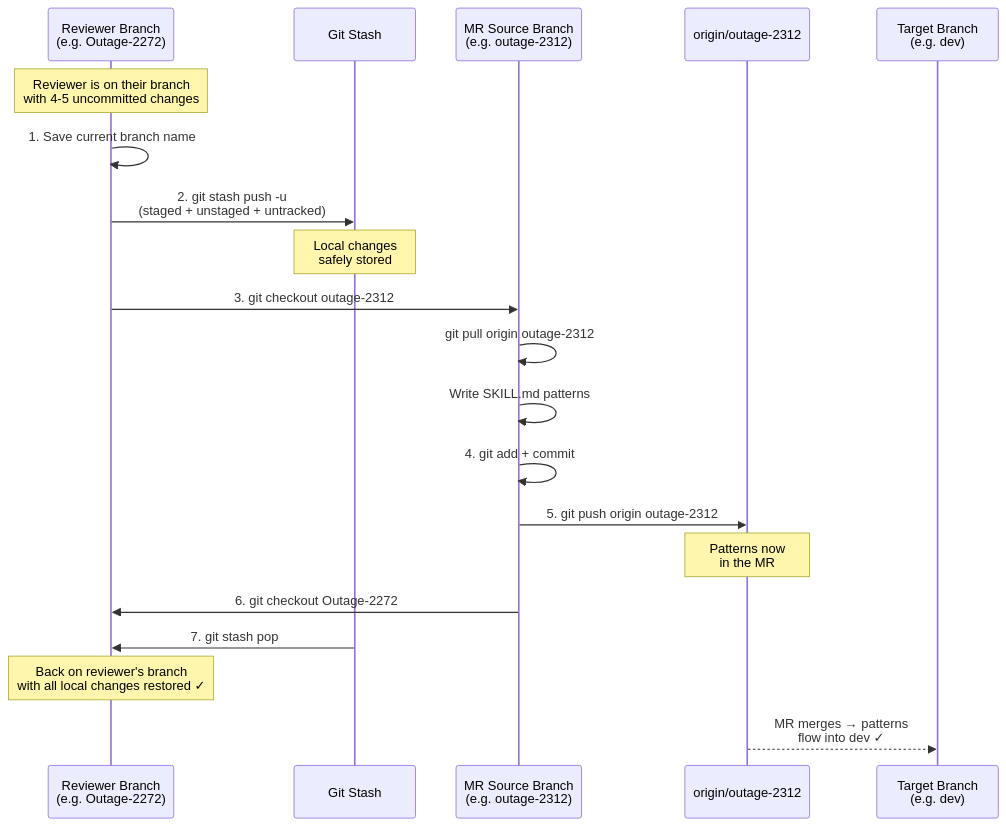
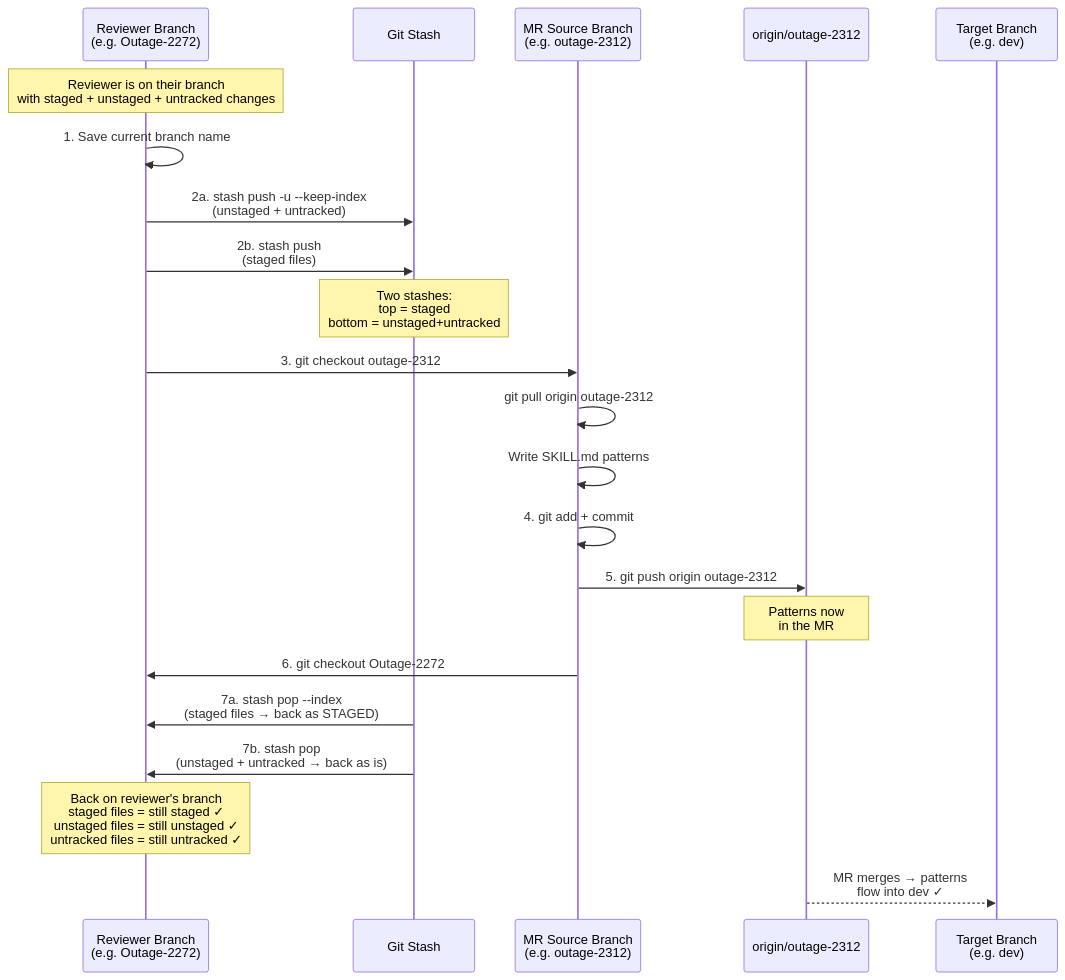
The fourth of 5 diagrams in docs/peer-review-flowchart.md (praful011/shipit), drawn with Mermaid before and after one commit. The commit also changed 1 other file, not shown here.

Commit message:
fix: preserve staged vs unstaged distinction during pattern branch switch
Single git stash pop collapses everything to unstaged. Now uses two-layer
stash: staged files stored separately from unstaged+untracked, restored
with --index flag to maintain exact git status state.

````diff
--- a/docs/peer-review-flowchart.md
+++ b/docs/peer-review-flowchart.md
@@ -136,23 +136,25 @@
 ```mermaid
 sequenceDiagram
     participant R as Reviewer Branch<br/>(e.g. Outage-2272)
     participant ST as Git Stash
     participant S as MR Source Branch<br/>(e.g. outage-2312)
     participant O as origin/outage-2312
     participant T as Target Branch<br/>(e.g. dev)
 
-    Note over R: Reviewer is on their branch<br/>with 4-5 uncommitted changes
+    Note over R: Reviewer is on their branch<br/>with staged + unstaged + untracked changes
     R->>R: 1. Save current branch name
-    R->>ST: 2. git stash push -u<br/>(staged + unstaged + untracked)
-    Note over ST: Local changes<br/>safely stored
+    R->>ST: 2a. stash push -u --keep-index<br/>(unstaged + untracked)
+    R->>ST: 2b. stash push<br/>(staged files)
+    Note over ST: Two stashes:<br/>top = staged<br/>bottom = unstaged+untracked
     R->>S: 3. git checkout outage-2312
     S->>S: git pull origin outage-2312
     S->>S: Write SKILL.md patterns
     S->>S: 4. git add + commit
     S->>O: 5. git push origin outage-2312
     Note over O: Patterns now<br/>in the MR
     S->>R: 6. git checkout Outage-2272
-    ST->>R: 7. git stash pop
-    Note over R: Back on reviewer's branch<br/>with all local changes restored ✓
+    ST->>R: 7a. stash pop --index<br/>(staged files → back as STAGED)
+    ST->>R: 7b. stash pop<br/>(unstaged + untracked → back as is)
+    Note over R: Back on reviewer's branch<br/>staged files = still staged ✓<br/>unstaged files = still unstaged ✓<br/>untracked files = still untracked ✓
     O-->>T: MR merges → patterns<br/>flow into dev ✓
 ```
````
